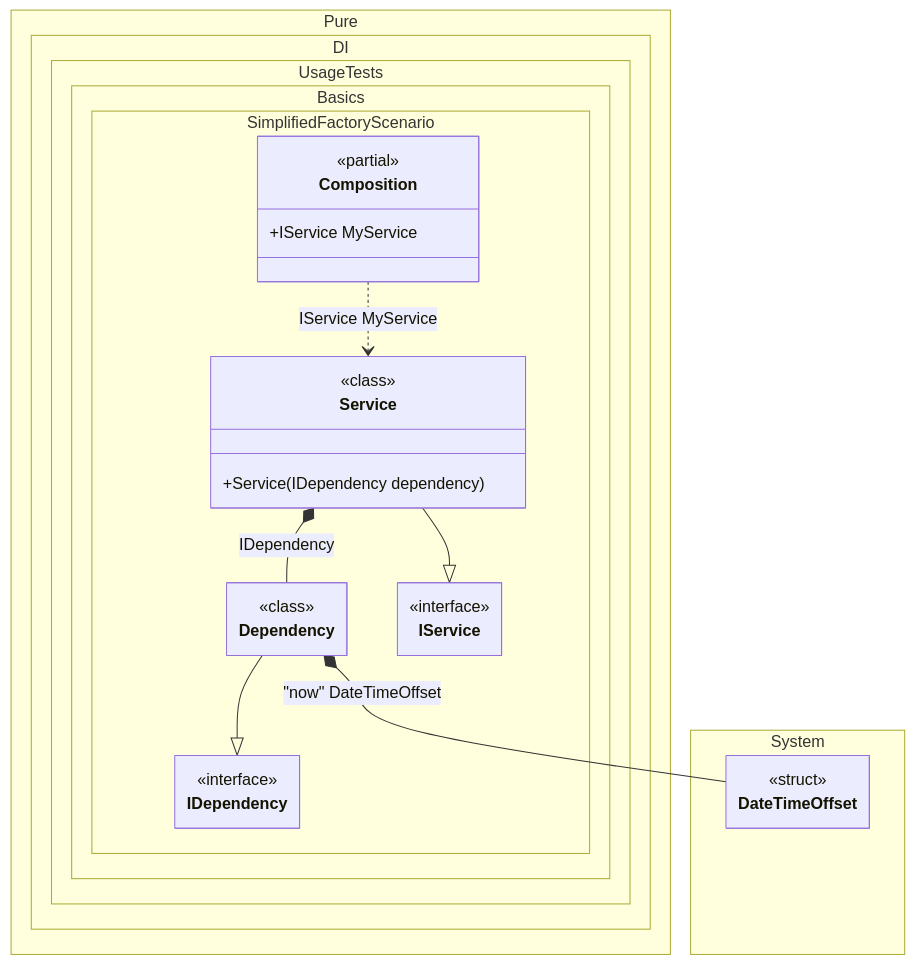
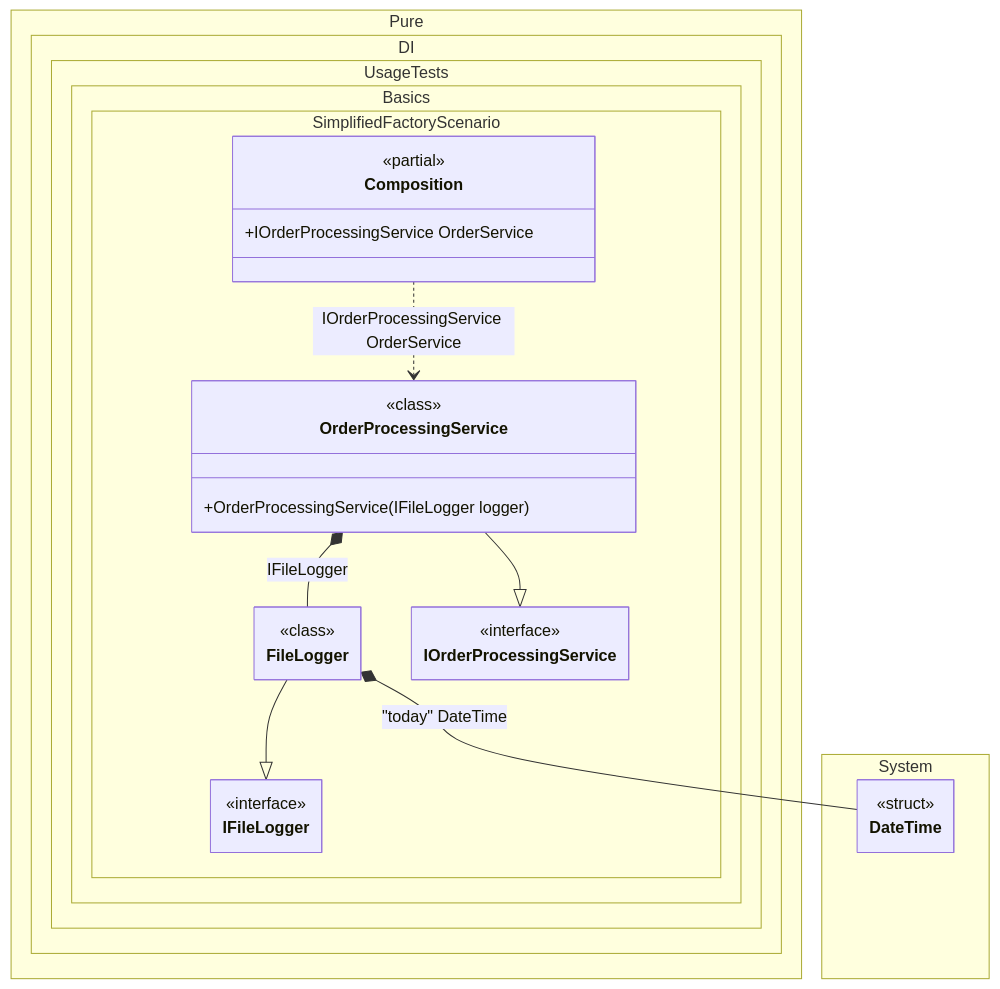
The diagram in readme/simplified-factory.md (DevTeam/Pure.DI), drawn with Mermaid before and after one commit. The commit also changed other lines of this file and 126 other files, not shown here.

````diff
--- a/readme/simplified-factory.md
+++ b/readme/simplified-factory.md
@@ -124,39 +123,39 @@
 ```mermaid
 ---
  config:
   maxTextSize: 2147483647
   maxEdges: 2147483647
   class:
    hideEmptyMembersBox: true
 ---
 classDiagram
-	Dependency --|> IDependency
-	Service --|> IService
-	Composition ..> Service : IService MyService
-	Dependency *--  DateTimeOffset : "now"  DateTimeOffset
-	Service *--  Dependency : IDependency
+	FileLogger --|> IFileLogger
+	OrderProcessingService --|> IOrderProcessingService
+	Composition ..> OrderProcessingService : IOrderProcessingService OrderService
+	FileLogger *--  DateTime : "today"  DateTime
+	OrderProcessingService *--  FileLogger : IFileLogger
 	namespace Pure.DI.UsageTests.Basics.SimplifiedFactoryScenario {
 		class Composition {
 		<<partial>>
-		+IService MyService
+		+IOrderProcessingService OrderService
 		}
-		class Dependency {
+		class FileLogger {
 				<<class>>
 		}
-		class IDependency {
+		class IFileLogger {
 			<<interface>>
 		}
-		class IService {
+		class IOrderProcessingService {
 			<<interface>>
 		}
-		class Service {
+		class OrderProcessingService {
 				<<class>>
-			+Service(IDependency dependency)
+			+OrderProcessingService(IFileLogger logger)
 		}
 	}
 	namespace System {
-		class DateTimeOffset {
+		class DateTime {
 				<<struct>>
 		}
 	}
 ```
````
